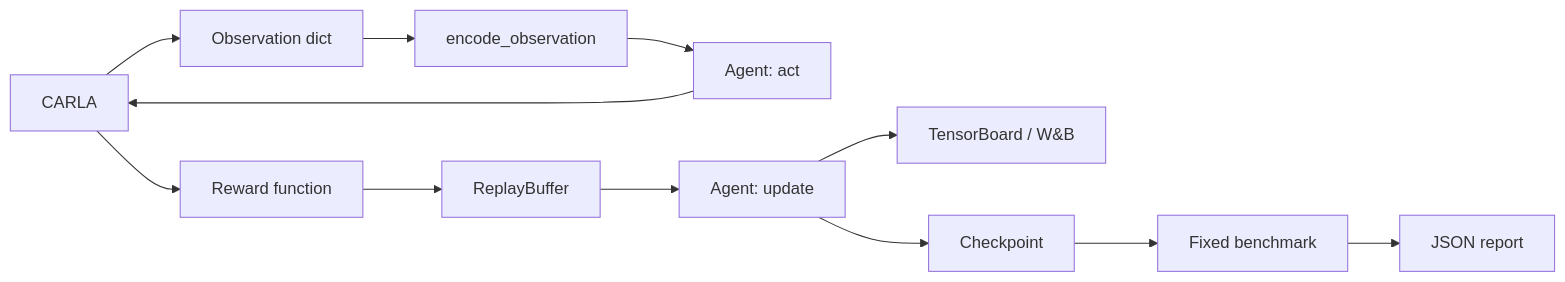
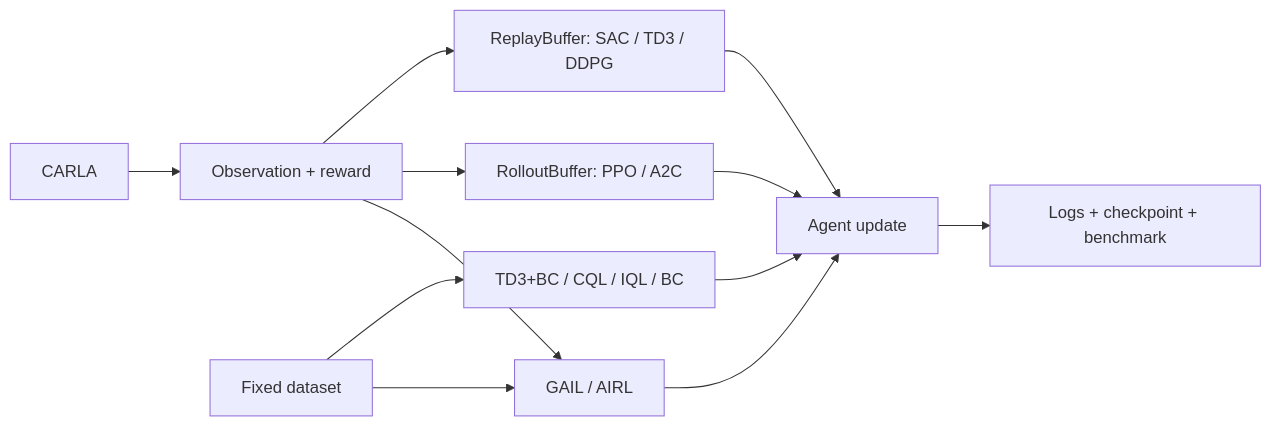
The diagram in README.md (Wu-didi/carla-rl-lab), drawn with Mermaid before and after one commit. The commit also changed other lines of this file and 15 other files, not shown here.

````diff
--- a/README.md
+++ b/README.md
@@ -48,14 +50,14 @@
 ```mermaid
 flowchart LR
-    A[CARLA] --> B[Observation dict]
-    B --> C[encode_observation]
-    C --> D[Agent: act]
-    D --> A
-    A --> E[Reward function]
-    E --> F[ReplayBuffer]
-    F --> G[Agent: update]
-    G --> H["TensorBoard / W&B"]
-    G --> I[Checkpoint]
-    I --> J[Fixed benchmark]
-    J --> K[JSON report]
+    A[CARLA] --> B[Observation + reward]
+    B --> C[ReplayBuffer: SAC / TD3 / DDPG]
+    B --> D[RolloutBuffer: PPO / A2C]
+    E[Fixed dataset] --> F[TD3+BC / CQL / IQL / BC]
+    E --> G[GAIL / AIRL]
+    B --> G
+    C --> H[Agent update]
+    D --> H
+    F --> H
+    G --> H
+    H --> I[Logs + checkpoint + benchmark]
 ```
````
